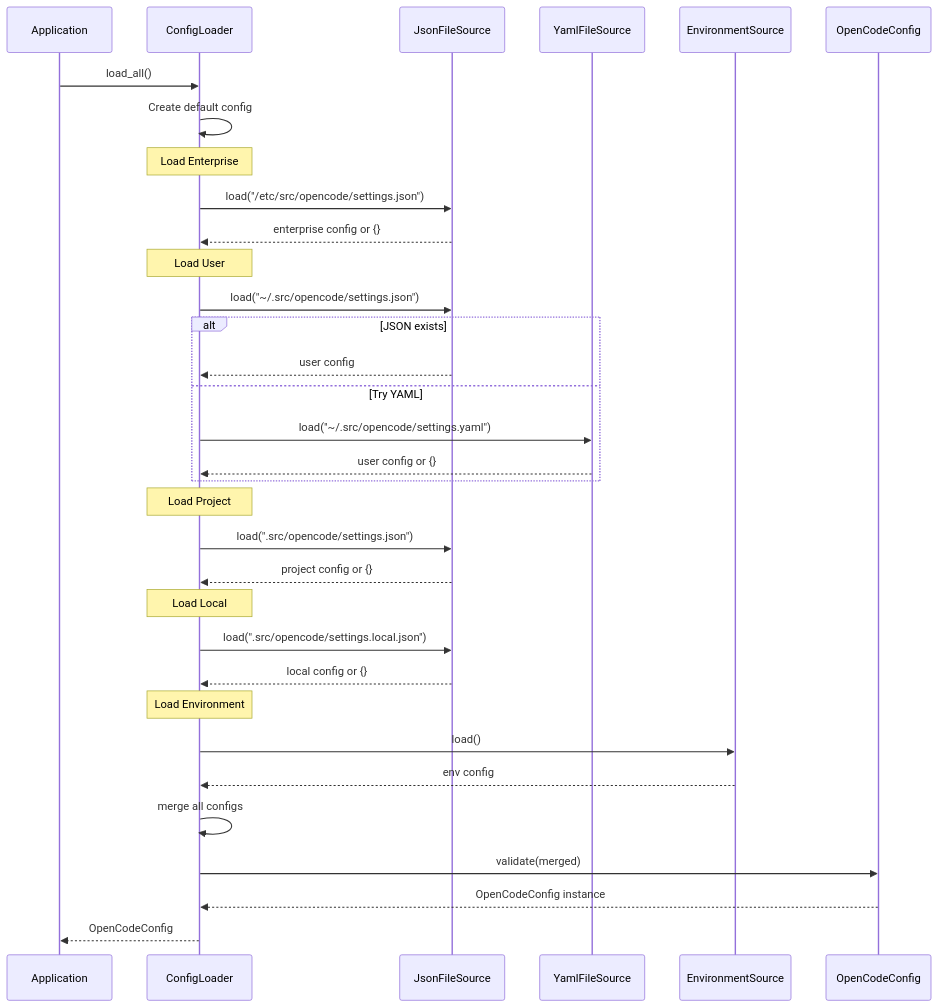
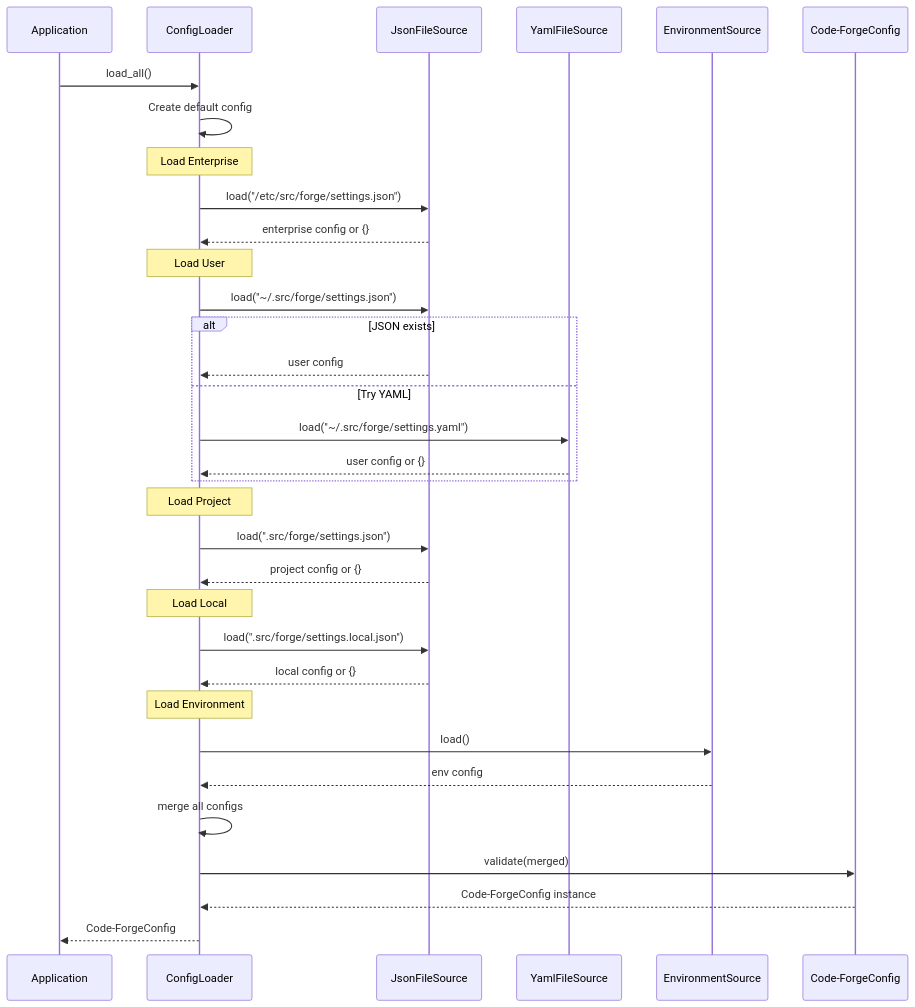
Before and after one commit to corey-rosamond/Code-Forge: the third of 8 diagrams in .ai/phase/1.2/UML.md, drawn with Mermaid. The commit also changed other lines of this file and 505 other files, not shown here.

First line of the commit message:
Rename project from OpenCode to Code-Forge

````diff
--- a/.ai/phase/1.2/UML.md
+++ b/.ai/phase/1.2/UML.md
@@ -181,43 +181,43 @@
 ```mermaid
 sequenceDiagram
     participant App as Application
     participant CL as ConfigLoader
     participant JSON as JsonFileSource
     participant YAML as YamlFileSource
     participant ENV as EnvironmentSource
-    participant Model as OpenCodeConfig
+    participant Model as Code-ForgeConfig
 
     App->>CL: load_all()
     CL->>CL: Create default config
 
     Note over CL: Load Enterprise
-    CL->>JSON: load("/etc/src/opencode/settings.json")
+    CL->>JSON: load("/etc/src/forge/settings.json")
     JSON-->>CL: enterprise config or {}
 
     Note over CL: Load User
-    CL->>JSON: load("~/.src/opencode/settings.json")
+    CL->>JSON: load("~/.src/forge/settings.json")
     alt JSON exists
         JSON-->>CL: user config
     else Try YAML
-        CL->>YAML: load("~/.src/opencode/settings.yaml")
+        CL->>YAML: load("~/.src/forge/settings.yaml")
         YAML-->>CL: user config or {}
     end
 
     Note over CL: Load Project
-    CL->>JSON: load(".src/opencode/settings.json")
+    CL->>JSON: load(".src/forge/settings.json")
     JSON-->>CL: project config or {}
 
     Note over CL: Load Local
-    CL->>JSON: load(".src/opencode/settings.local.json")
+    CL->>JSON: load(".src/forge/settings.local.json")
     JSON-->>CL: local config or {}
 
     Note over CL: Load Environment
     CL->>ENV: load()
     ENV-->>CL: env config
 
     CL->>CL: merge all configs
     CL->>Model: validate(merged)
-    Model-->>CL: OpenCodeConfig instance
+    Model-->>CL: Code-ForgeConfig instance
 
-    CL-->>App: OpenCodeConfig
+    CL-->>App: Code-ForgeConfig
 ```
````
